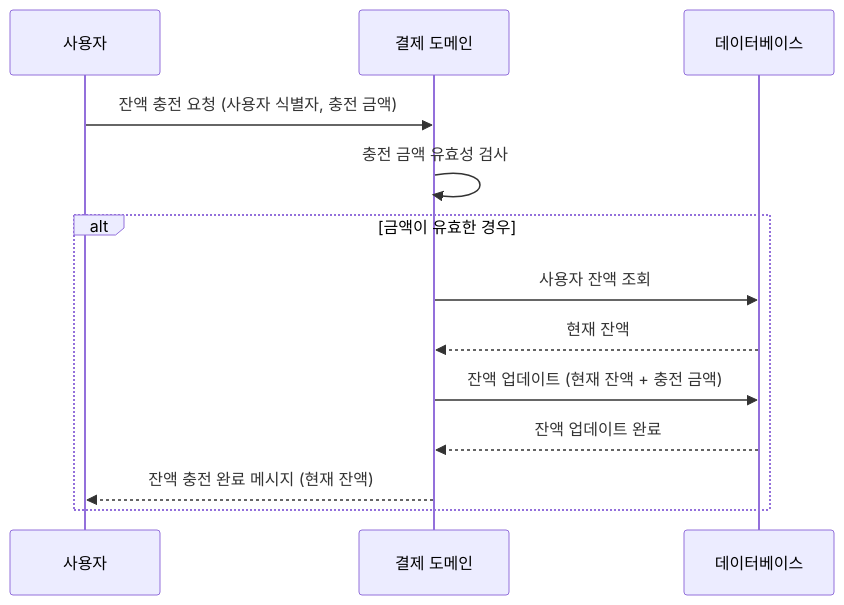
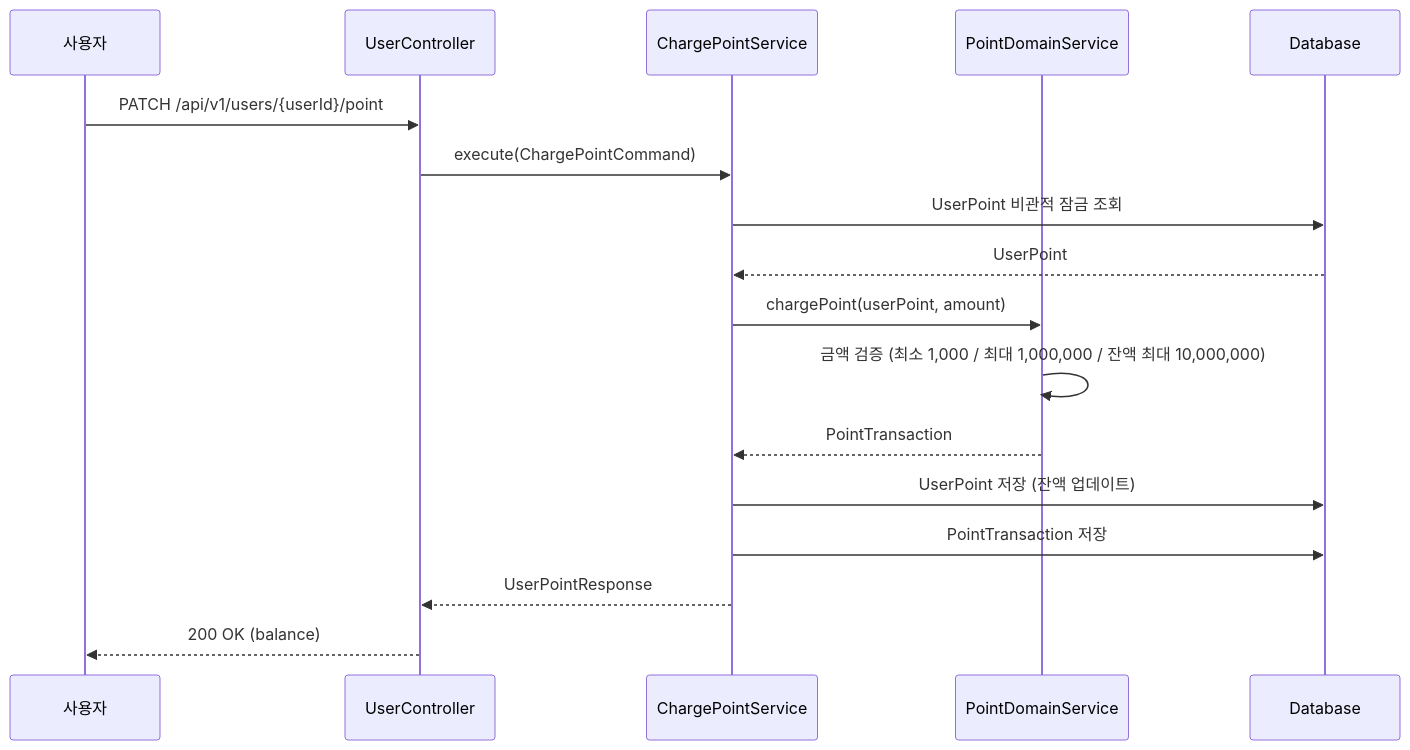
The eighth of 10 diagrams in docs/02_SequenceDiagram.md (jhwon91/concert-reservation-system), drawn with Mermaid before and after one commit. The commit also changed other lines of this file and 4 other files, not shown here.

````diff
--- a/docs/02_SequenceDiagram.md
+++ b/docs/02_SequenceDiagram.md
@@ -150,16 +194,20 @@
 ```mermaid
 sequenceDiagram
     participant Client as 사용자
-    participant PaymentDomain as 결제 도메인
-    participant Database as 데이터베이스
+    participant Controller as UserController
+    participant Service as ChargePointService
+    participant Domain as PointDomainService
+    participant DB as Database
 
-    Client->>PaymentDomain: 잔액 충전 요청 (사용자 식별자, 충전 금액)
-    PaymentDomain->>PaymentDomain: 충전 금액 유효성 검사
-    alt 금액이 유효한 경우
-        PaymentDomain->>Database: 사용자 잔액 조회
-        Database-->>PaymentDomain: 현재 잔액
-        PaymentDomain->>Database: 잔액 업데이트 (현재 잔액 + 충전 금액)
-        Database-->>PaymentDomain: 잔액 업데이트 완료
-        PaymentDomain-->>Client: 잔액 충전 완료 메시지 (현재 잔액)
-    end
+    Client->>Controller: PATCH /api/v1/users/{userId}/point
+    Controller->>Service: execute(ChargePointCommand)
+    Service->>DB: UserPoint 비관적 잠금 조회
+    DB-->>Service: UserPoint
+    Service->>Domain: chargePoint(userPoint, amount)
+    Domain->>Domain: 금액 검증 (최소 1,000 / 최대 1,000,000 / 잔액 최대 10,000,000)
+    Domain-->>Service: PointTransaction
+    Service->>DB: UserPoint 저장 (잔액 업데이트)
+    Service->>DB: PointTransaction 저장
+    Service-->>Controller: UserPointResponse
+    Controller-->>Client: 200 OK (balance)
 ```
````
